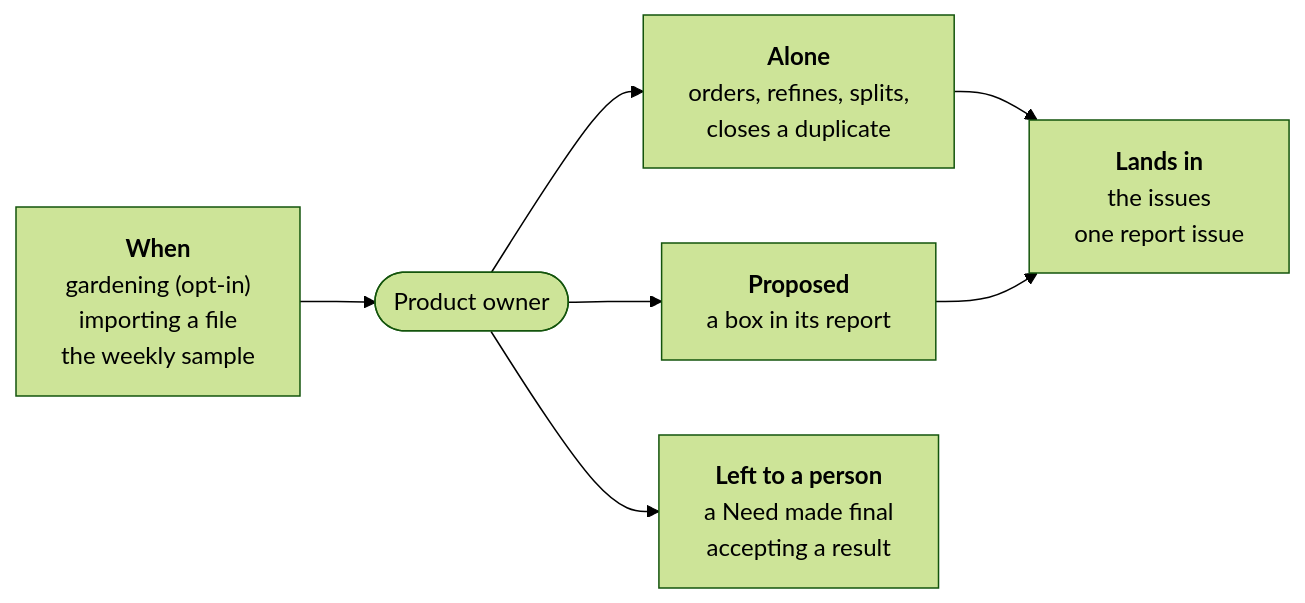
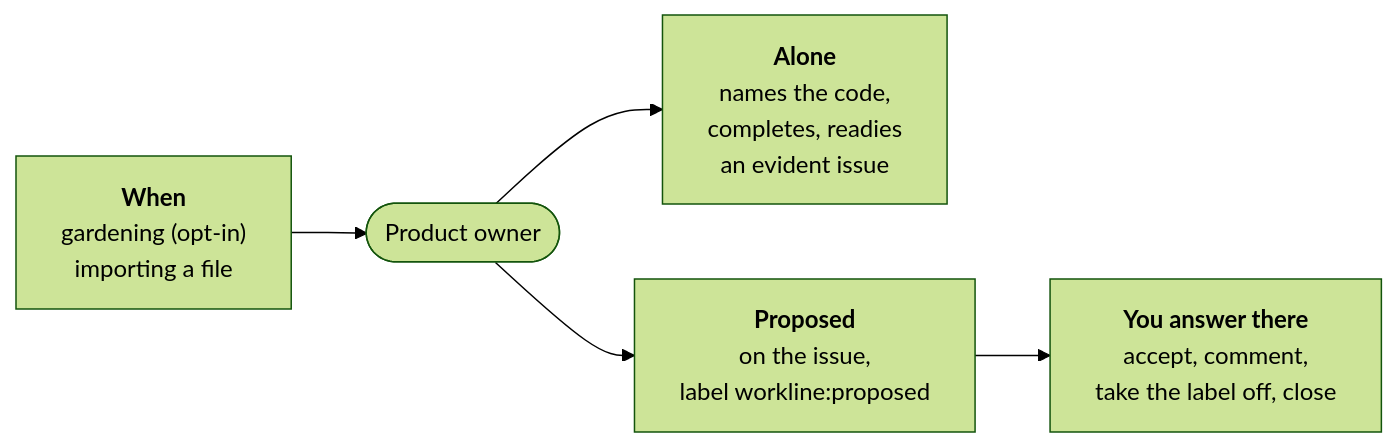
One commit to JN0V/workline changed the diagram in roles/product-owner/README.md. Above: the diagram before and after it, drawn with Mermaid (forest theme). The commit also changed other lines of this file and 214 other files, not shown here.

````diff
--- a/roles/product-owner/README.md
+++ b/roles/product-owner/README.md
@@ -12,13 +8,11 @@
 ```mermaid
 flowchart LR
-  when["<b>When</b><br/>gardening (opt-in)<br/>importing a file<br/>the weekly sample"]
+  when["<b>When</b><br/>gardening (opt-in)<br/>importing a file"]
   role(["Product owner"])
-  alone["<b>Alone</b><br/>orders, refines, splits,<br/>closes a duplicate"]
-  proposed["<b>Proposed</b><br/>a box in its report"]
-  person["<b>Left to a person</b><br/>a Need made final<br/>accepting a result"]
-  out["<b>Lands in</b><br/>the issues<br/>one report issue"]
+  alone["<b>Alone</b><br/>names the code,<br/>completes, readies<br/>an evident issue"]
+  proposed["<b>Proposed</b><br/>on the issue,<br/>label workline:proposed"]
+  person["<b>You answer there</b><br/>accept, comment,<br/>take the label off, close"]
   when --> role
-  role --> alone --> out
-  role --> proposed --> out
-  role --> person
+  role --> alone
+  role --> proposed --> person
 ```
````
